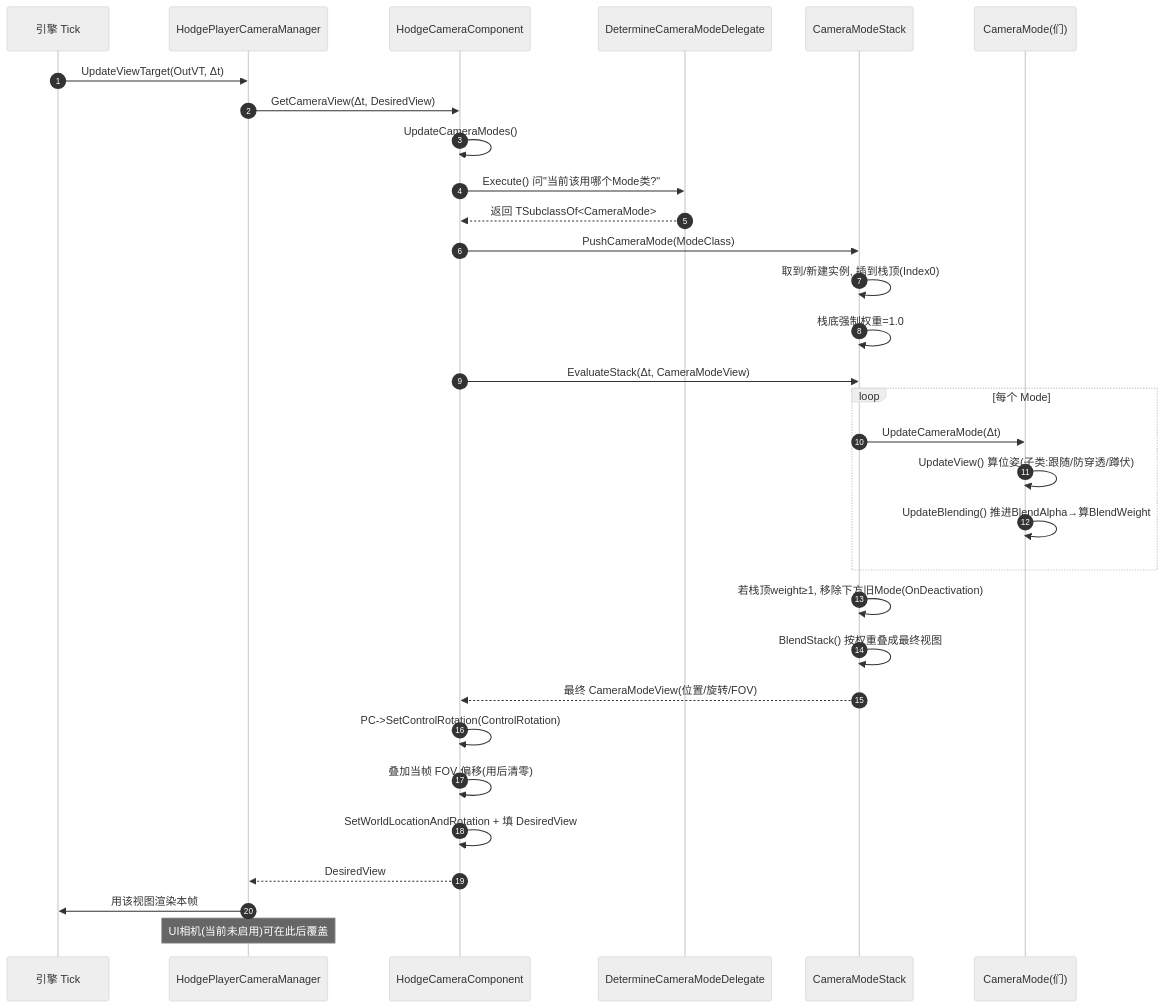
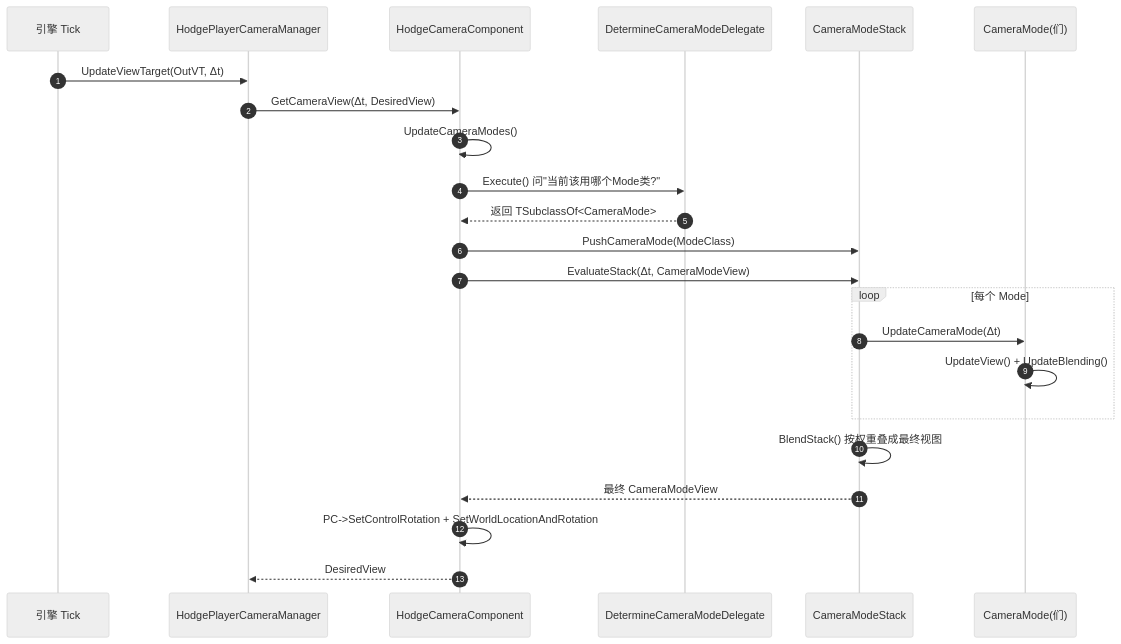
Before and after one commit to hengziwen/Hodgepodge: the diagram in README.md, drawn with Mermaid (neutral theme). The commit also changed other lines of this file, not shown here.

````diff
--- a/README.md
+++ b/README.md
@@ -972,34 +879,26 @@
 ```mermaid
 sequenceDiagram
     autonumber
     participant Eng as 引擎 Tick
     participant PCM as HodgePlayerCameraManager
     participant CC as HodgeCameraComponent
     participant Del as DetermineCameraModeDelegate
     participant Stack as CameraModeStack
     participant M as CameraMode(们)
 
     Eng->>PCM: UpdateViewTarget(OutVT, Δt)
     PCM->>CC: GetCameraView(Δt, DesiredView)
     CC->>CC: UpdateCameraModes()
     CC->>Del: Execute() 问"当前该用哪个Mode类?"
     Del-->>CC: 返回 TSubclassOf<CameraMode>
     CC->>Stack: PushCameraMode(ModeClass)
-    Stack->>Stack: 取到/新建实例, 插到栈顶(Index0)
-    Stack->>Stack: 栈底强制权重=1.0
     CC->>Stack: EvaluateStack(Δt, CameraModeView)
     loop 每个 Mode
         Stack->>M: UpdateCameraMode(Δt)
-        M->>M: UpdateView() 算位姿(子类:跟随/防穿透/蹲伏)
-        M->>M: UpdateBlending() 推进BlendAlpha→算BlendWeight
+        M->>M: UpdateView() + UpdateBlending()
     end
-    Stack->>Stack: 若栈顶weight≥1, 移除下方旧Mode(OnDeactivation)
     Stack->>Stack: BlendStack() 按权重叠成最终视图
-    Stack-->>CC: 最终 CameraModeView(位置/旋转/FOV)
-    CC->>CC: PC->SetControlRotation(ControlRotation)
-    CC->>CC: 叠加当帧 FOV 偏移(用后清零)
-    CC->>CC: SetWorldLocationAndRotation + 填 DesiredView
+    Stack-->>CC: 最终 CameraModeView
+    CC->>CC: PC->SetControlRotation + SetWorldLocationAndRotation
     CC-->>PCM: DesiredView
-    PCM->>Eng: 用该视图渲染本帧
-    Note over PCM: UI相机(当前未启用)可在此后覆盖
 ```
````
